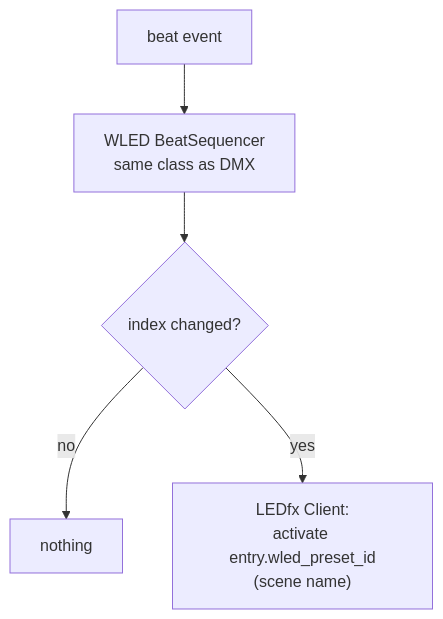
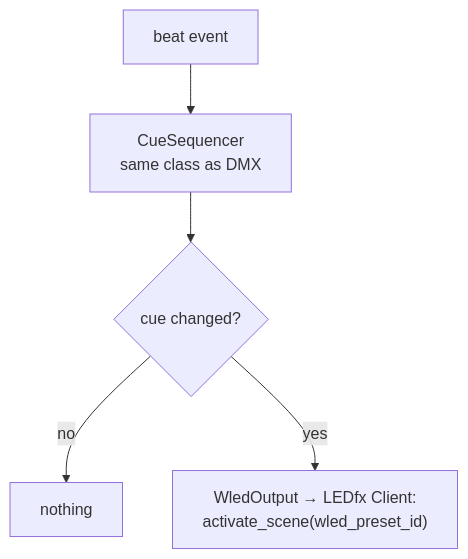
The second of 2 diagrams in docs/wled_ledfx_architecture.md (glane339/lightsappnew), drawn with Mermaid before and after one commit. The commit also changed other lines of this file and 23 other files, not shown here.

````diff
--- a/docs/wled_ledfx_architecture.md
+++ b/docs/wled_ledfx_architecture.md
@@ -160,7 +161,7 @@
 ```mermaid
 flowchart TD
-    A["beat event"] --> B["WLED BeatSequencer<br/>same class as DMX"]
-    B --> C{"index changed?"}
+    A["beat event"] --> B["CueSequencer<br/>same class as DMX"]
+    B --> C{"cue changed?"}
     C -->|no| D["nothing"]
-    C -->|yes| E["LEDfx Client:<br/>activate entry.wled_preset_id<br/>(scene name)"]
+    C -->|yes| E["WledOutput → LEDfx Client:<br/>activate_scene(wled_preset_id)"]
 ```
````
